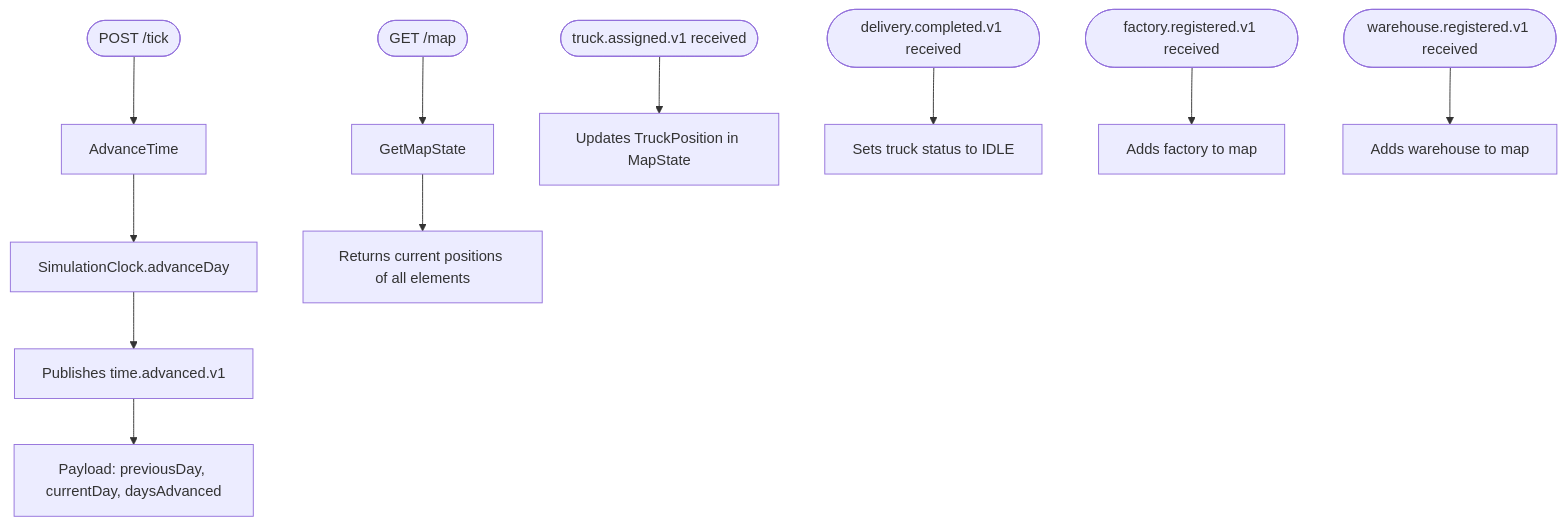
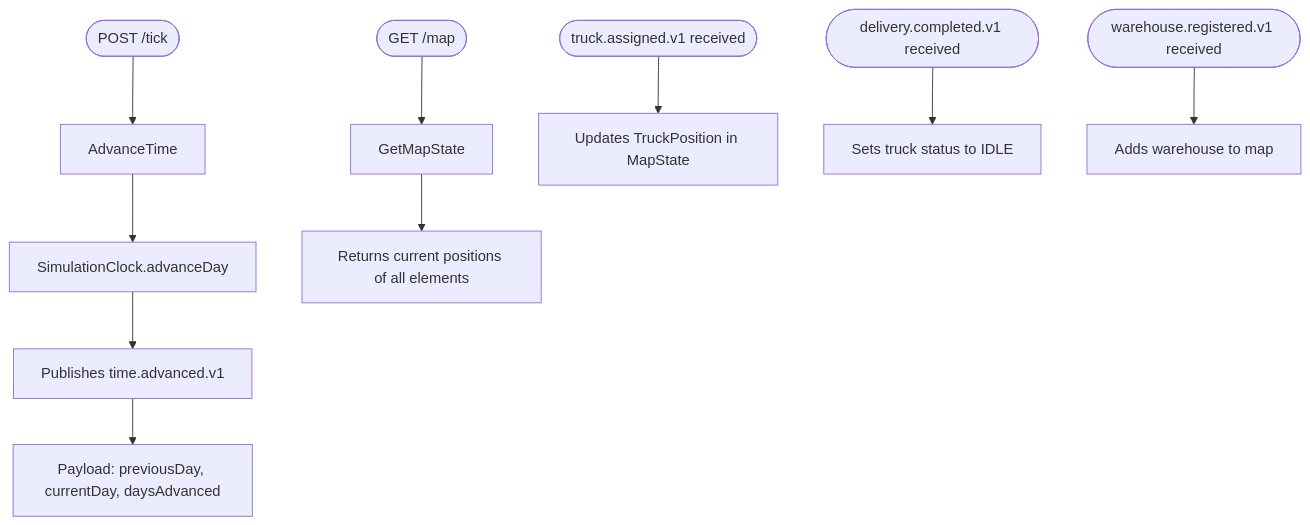
Before and after one commit to PauLopNun/workshop-suministros: the third of 3 diagrams in time/ddd.md, drawn with Mermaid.

Commit message:
docs: Update use case
Replaced factory registration event with warehouse registration in the diagram.

````diff
--- a/time/ddd.md
+++ b/time/ddd.md
@@ -71,15 +71,14 @@
 ```mermaid
 flowchart TD
     UC1([POST /tick]) --> A1[AdvanceTime]
     A1 --> A2[SimulationClock.advanceDay]
     A2 --> A3[Publishes time.advanced.v1]
     A3 --> A4[Payload: previousDay, currentDay, daysAdvanced]
 
     UC2([GET /map]) --> B1[GetMapState]
     B1 --> B2[Returns current positions of all elements]
 
     EV1([truck.assigned.v1 received]) --> C1[Updates TruckPosition in MapState]
     EV2([delivery.completed.v1 received]) --> C2[Sets truck status to IDLE]
-    EV3([factory.registered.v1 received]) --> C3[Adds factory to map]
-    EV4([warehouse.registered.v1 received]) --> C4[Adds warehouse to map]
+    EV3([warehouse.registered.v1 received]) --> C4[Adds warehouse to map]
 ```
````
